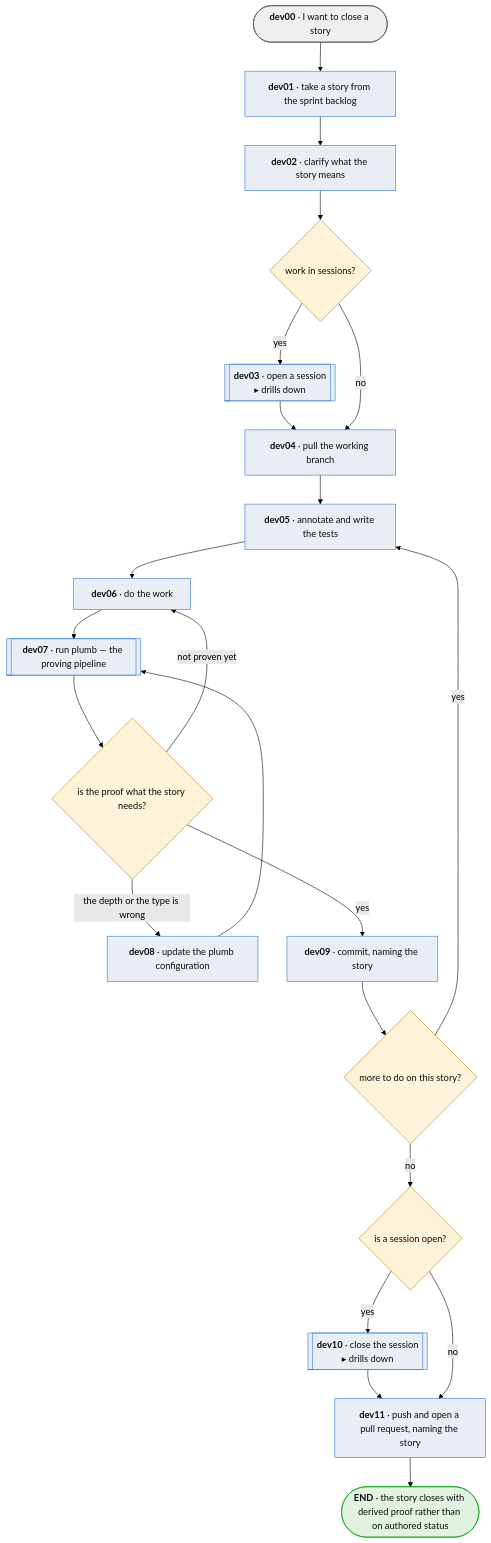
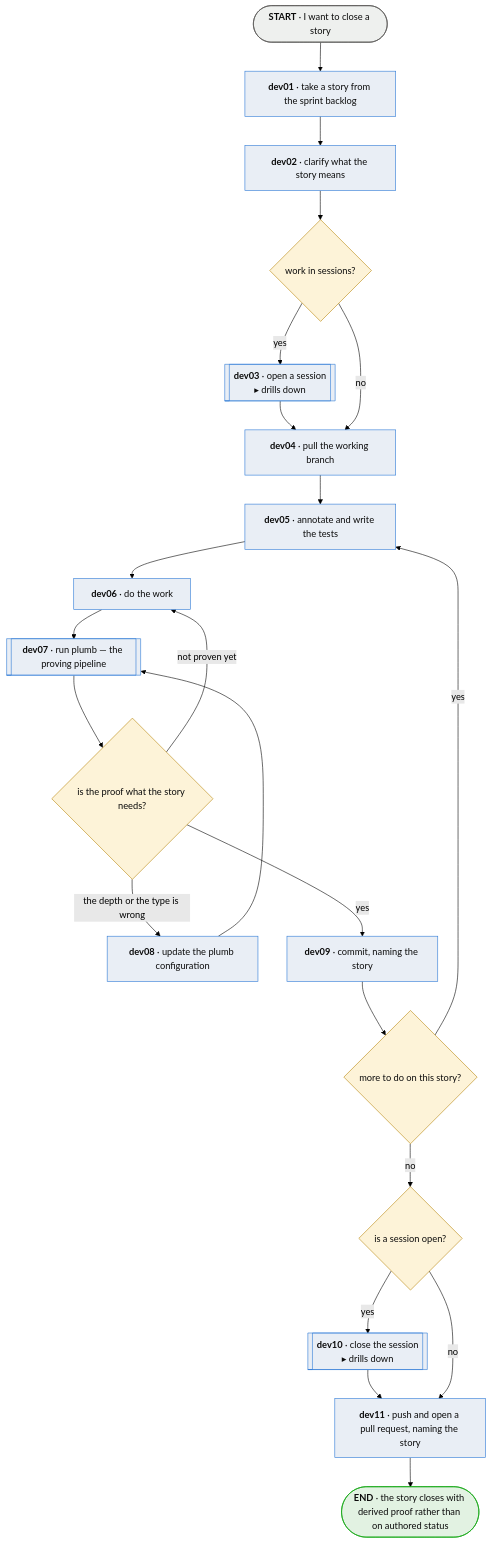
Before and after one commit to plumbspec/plumb: the diagram in spec/diagrams/developer-day.md, drawn with Mermaid (forest theme). The commit also changed other lines of this file and 5 other files, not shown here.

Commit message:
spec: snd3 keeps all five headings, as goldspec 0.2.0 requires (0047d77) spec: one main flow, with ado, dev, hol and mod as its steps (83be183)

````diff
--- a/spec/diagrams/developer-day.md
+++ b/spec/diagrams/developer-day.md
@@ -7,43 +10,43 @@
 ```mermaid
 flowchart TD
-    START([<b>dev00</b> · I want to close a story]):::terminal
+    START([<b>START</b> · I want to close a story]):::terminal
 
     TAKE[<b>dev01</b> · take a story from the sprint backlog]:::process
     ASK[<b>dev02</b> · clarify what the story means]:::process
     OPENQ{work in sessions?}:::question
     OPEN[[<b>dev03</b> · open a session<br/>▸ drills down]]:::subroutine
     PULL[<b>dev04</b> · pull the working branch]:::process
     TEST[<b>dev05</b> · annotate and write the tests]:::process
     WORK[<b>dev06</b> · do the work]:::process
 
     RUN[[<b>dev07</b> · run plumb — the proving pipeline]]:::subroutine
     JUDGE{is the proof what the story needs?}:::question
     CONF[<b>dev08</b> · update the plumb configuration]:::process
     COMMIT[<b>dev09</b> · commit, naming the story]:::process
     MORE{more to do on this story?}:::question
 
     CLOSEQ{is a session open?}:::question
     CLOSE[[<b>dev10</b> · close the session<br/>▸ drills down]]:::subroutine
     PUSH[<b>dev11</b> · push and open a pull request, naming the story]:::process
 
     DONE([<b>END</b> · the story closes with derived proof rather than on authored status]):::good
 
     START --> TAKE --> ASK --> OPENQ
     OPENQ -->|yes| OPEN --> PULL
     OPENQ -->|no| PULL
     PULL --> TEST --> WORK --> RUN --> JUDGE
     JUDGE -->|"the depth or the type is wrong"| CONF --> RUN
     JUDGE -->|"not proven yet"| WORK
     JUDGE -->|yes| COMMIT --> MORE
     MORE -->|yes| TEST
     MORE -->|no| CLOSEQ
     CLOSEQ -->|yes| CLOSE --> PUSH
     CLOSEQ -->|no| PUSH
     PUSH --> DONE
 
     classDef terminal fill:#eef0ee,stroke:#52514e,color:#0b0b0b;
     classDef process fill:#e9eef5,stroke:#2a78d6,color:#0b0b0b;
     classDef subroutine fill:#e9eef5,stroke:#2a78d6,color:#0b0b0b;
     classDef question fill:#fdf3d8,stroke:#b8860b,color:#0b0b0b;
     classDef good fill:#e2f2e2,stroke:#0ca30c,color:#0b0b0b;
 ```
````
